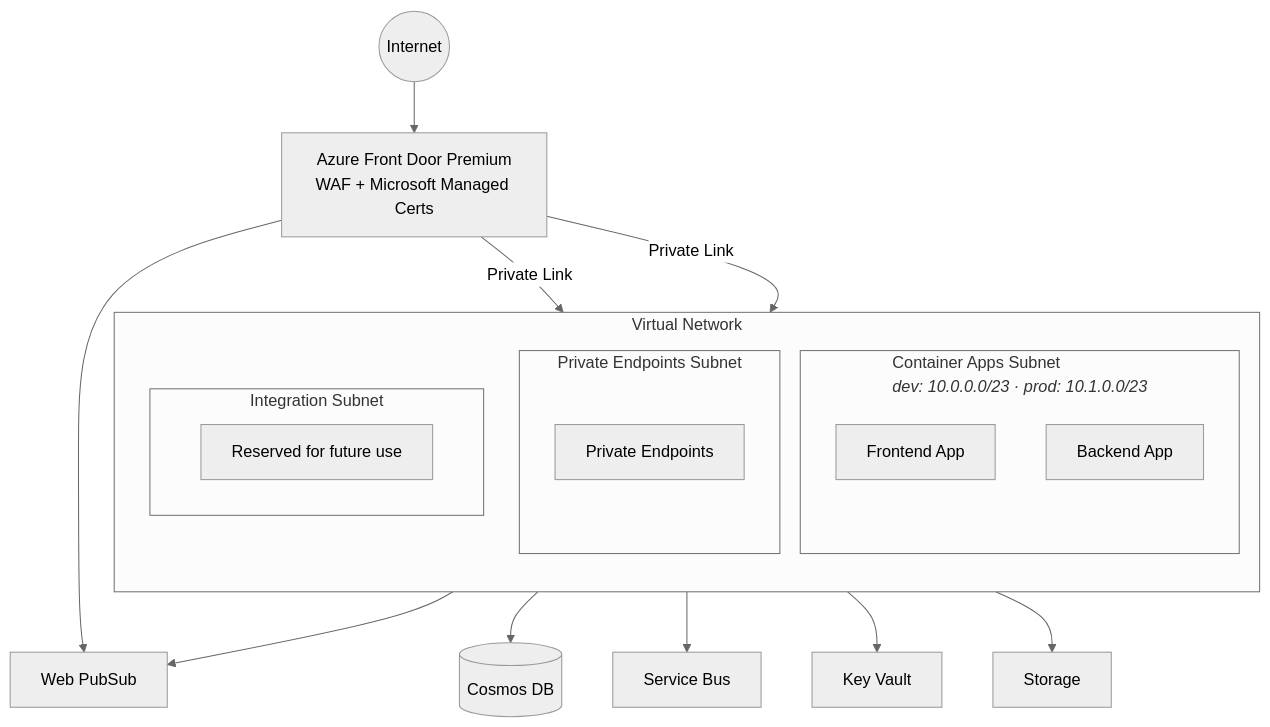
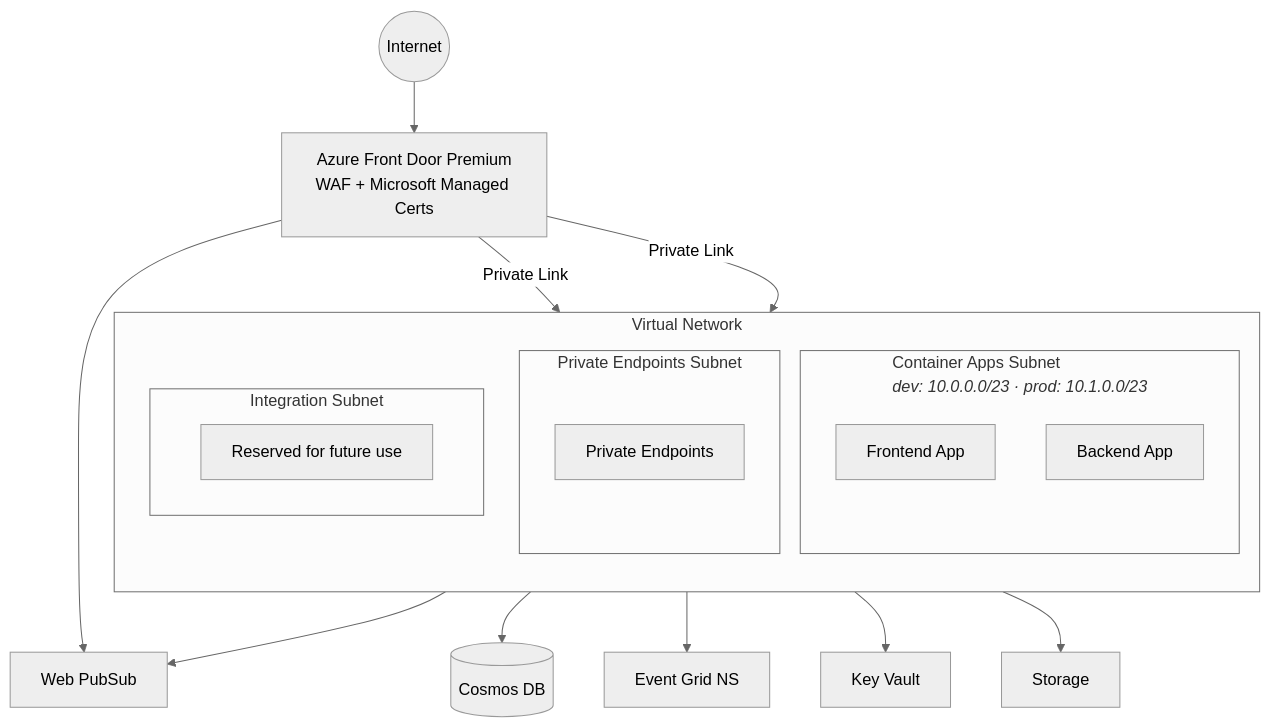
Before and after one commit to christopherhouse/Azure-Integration-Copilot: the first of 2 diagrams in README.md, drawn with Mermaid (neutral theme). The commit also changed other lines of this file and 8 other files, not shown here.

First line of the commit message:
Replace Service Bus with Event Grid Namespace

````diff
--- a/README.md
+++ b/README.md
@@ -156,27 +156,27 @@
 ```mermaid
 graph TB
     subgraph VNet ["Virtual Network"]
         direction TB
         subgraph CAE ["Container Apps Subnet<br/><i>dev: 10.0.0.0/23 · prod: 10.1.0.0/23</i>"]
             FE[Frontend App]
             BE[Backend App]
         end
         subgraph PES ["Private Endpoints Subnet"]
             PE[Private Endpoints]
         end
         subgraph INT ["Integration Subnet"]
             RS[Reserved for future use]
         end
     end
 
     AFD[Azure Front Door Premium<br/>WAF + Microsoft Managed Certs]
     Internet((Internet)) --> AFD
     AFD -- "Private Link" --> FE
     AFD -- "Private Link" --> BE
     AFD --> WPS[Web PubSub]
     PE --> CosmosDB[(Cosmos DB)]
-    PE --> SB[Service Bus]
+    PE --> EG[Event Grid NS]
     PE --> KV[Key Vault]
     PE --> SA[Storage]
     PE --> WPS
 ```
````
